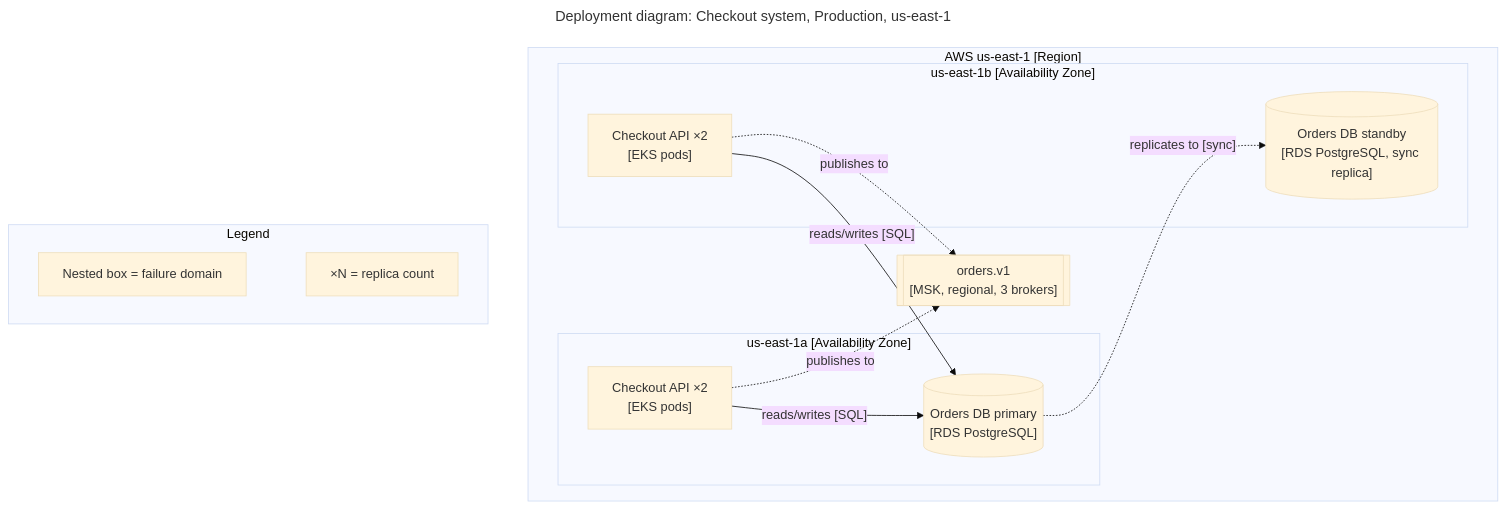
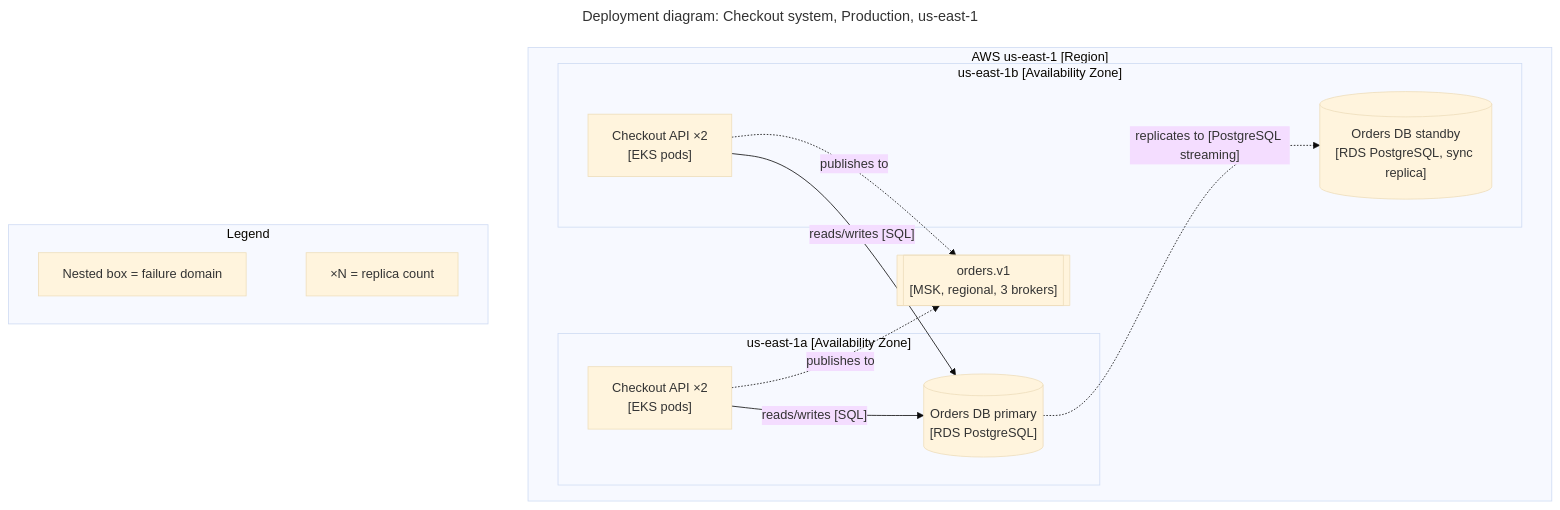
One commit to ivanv33/skills changed the fifth of 5 diagrams in architecture-diagrams/assets/mermaid-examples.md. Above: the diagram before and after it, drawn with Mermaid (base theme). The commit also changed other lines of this file and 2 other files, not shown here.

````diff
--- a/architecture-diagrams/assets/mermaid-examples.md
+++ b/architecture-diagrams/assets/mermaid-examples.md
@@ -132,29 +131,29 @@
 ```mermaid
 ---
 title: "Deployment diagram: Checkout system, Production, us-east-1"
 ---
 flowchart TB
     subgraph region["AWS us-east-1 [Region]"]
         subgraph az1["us-east-1a [Availability Zone]"]
             api1["Checkout API ×2<br/>[EKS pods]"]
             db1[("Orders DB primary<br/>[RDS PostgreSQL]")]
         end
         subgraph az2["us-east-1b [Availability Zone]"]
             api2["Checkout API ×2<br/>[EKS pods]"]
             db2[("Orders DB standby<br/>[RDS PostgreSQL, sync replica]")]
         end
         kafka[["orders.v1<br/>[MSK, regional, 3 brokers]"]]
     end
     api1 -->|"reads/writes [SQL]"| db1
     api2 -->|"reads/writes [SQL]"| db1
-    db1 -.->|"replicates to [sync]"| db2
+    db1 -.->|"replicates to [PostgreSQL streaming]"| db2
     api1 -.->|"publishes to"| kafka
     api2 -.->|"publishes to"| kafka
 
     subgraph legend["Legend"]
         direction LR
         l1["Nested box = failure domain"]
         l2["×N = replica count"]
         l1 ~~~ l2
     end
 ```
````
